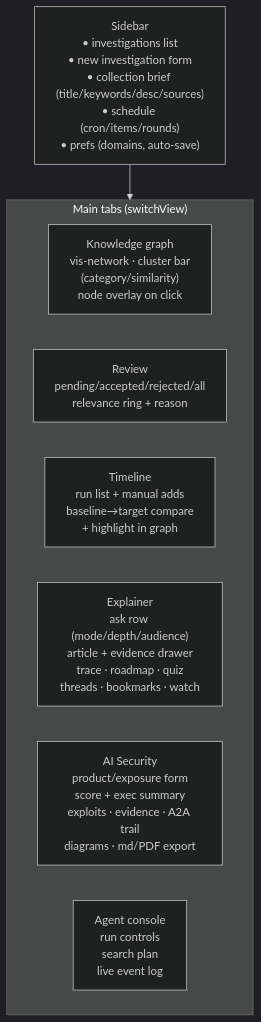
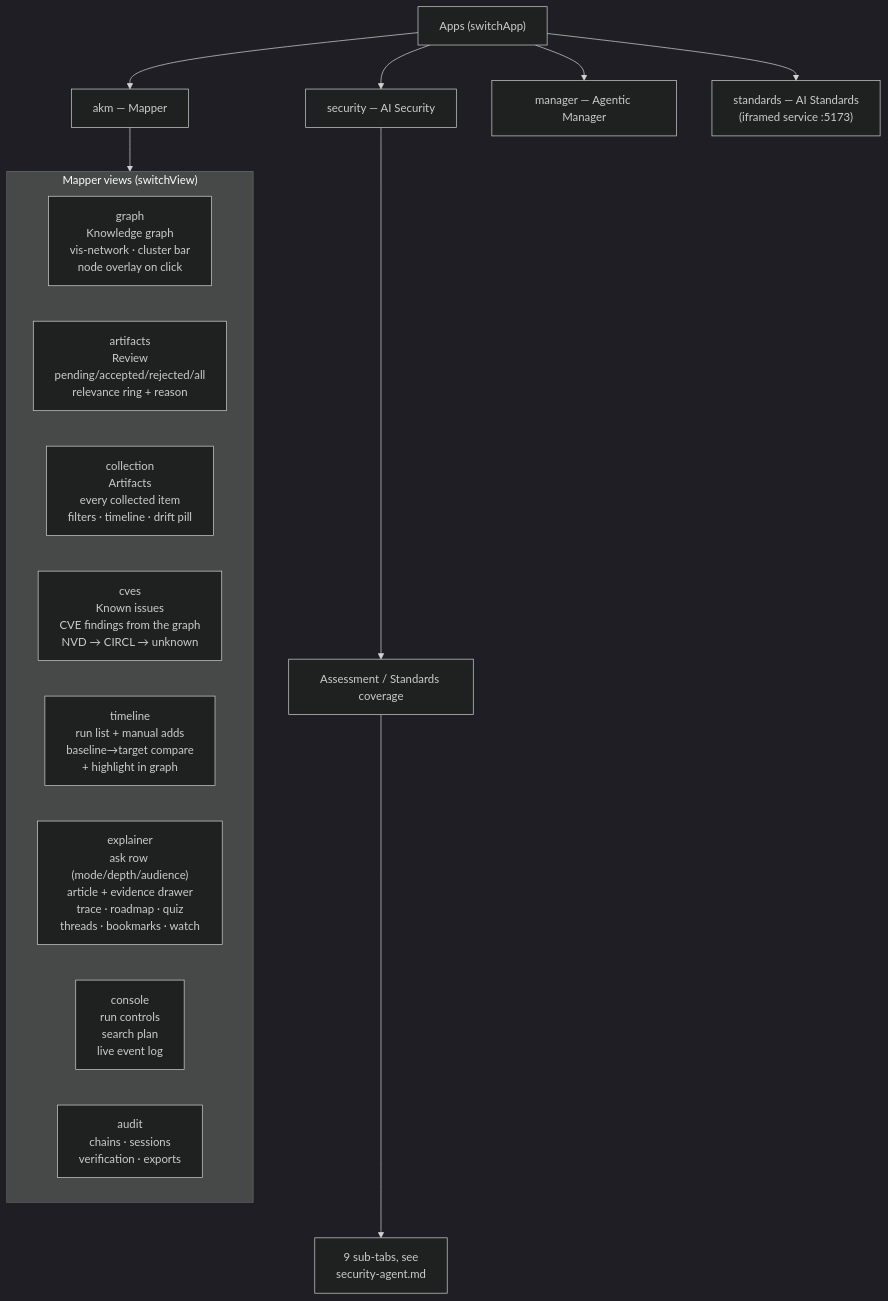
The first of 2 diagrams in docs/frontend.md (harishgovardhandamodar/agentic-knowledge-mapper), drawn with Mermaid (dark theme) before and after one commit. The commit also changed other lines of this file and 31 other files, not shown here.

````diff
--- a/docs/frontend.md
+++ b/docs/frontend.md
@@ -12,13 +17,21 @@
 ```mermaid
 flowchart TB
-    SB["Sidebar\n• investigations list\n• new investigation form\n• collection brief (title/keywords/desc/sources)\n• schedule (cron/items/rounds)\n• prefs (domains, auto-save)"]
-    SB --> TABS
-    subgraph TABS["Main tabs (switchView)"]
-        G["Knowledge graph\nvis-network · cluster bar\n(category/similarity)\nnode overlay on click"]
-        R["Review\npending/accepted/rejected/all\nrelevance ring + reason"]
-        TL["Timeline\nrun list + manual adds\nbaseline→target compare\n+ highlight in graph"]
-        E["Explainer\nask row (mode/depth/audience)\narticle + evidence drawer\ntrace · roadmap · quiz\nthreads · bookmarks · watch"]
-        S["AI Security\nproduct/exposure form\nscore + exec summary\nexploits · evidence · A2A trail\ndiagrams · md/PDF export"]
-        C["Agent console\nrun controls\nsearch plan\nlive event log"]
+    APPS["Apps (switchApp)"]
+    APPS --> AKM["akm — Mapper"]
+    APPS --> SEC["security — AI Security"]
+    APPS --> MGR["manager — Agentic Manager"]
+    APPS --> STD["standards — AI Standards<br/>(iframed service :5173)"]
+    AKM --> TABS
+    subgraph TABS["Mapper views (switchView)"]
+        G["graph<br/>Knowledge graph<br/>vis-network · cluster bar<br/>node overlay on click"]
+        R["artifacts<br/>Review<br/>pending/accepted/rejected/all<br/>relevance ring + reason"]
+        CO["collection<br/>Artifacts<br/>every collected item<br/>filters · timeline · drift pill"]
+        CV["cves<br/>Known issues<br/>CVE findings from the graph<br/>NVD → CIRCL → unknown"]
+        TL["timeline<br/>run list + manual adds<br/>baseline→target compare<br/>+ highlight in graph"]
+        E["explainer<br/>ask row (mode/depth/audience)<br/>article + evidence drawer<br/>trace · roadmap · quiz<br/>threads · bookmarks · watch"]
+        C["console<br/>run controls<br/>search plan<br/>live event log"]
+        AU["audit<br/>chains · sessions<br/>verification · exports"]
     end
+    SEC --> SECP["Assessment / Standards coverage"]
+    SECP --> S1["9 sub-tabs, see<br/>security-agent.md"]
 ```
````
